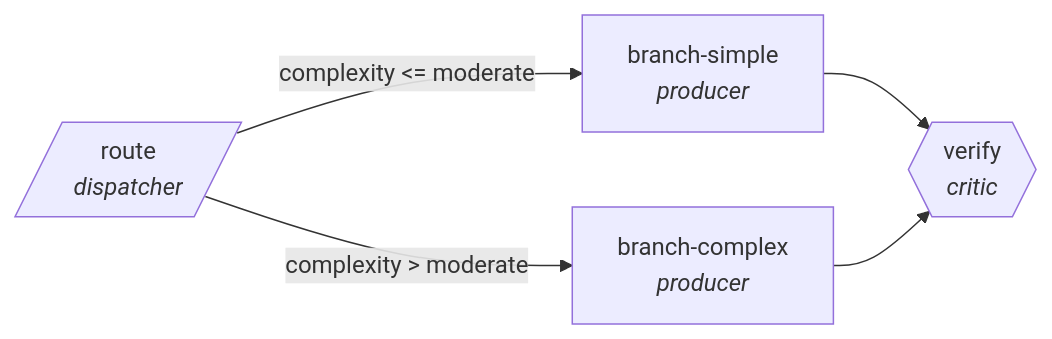
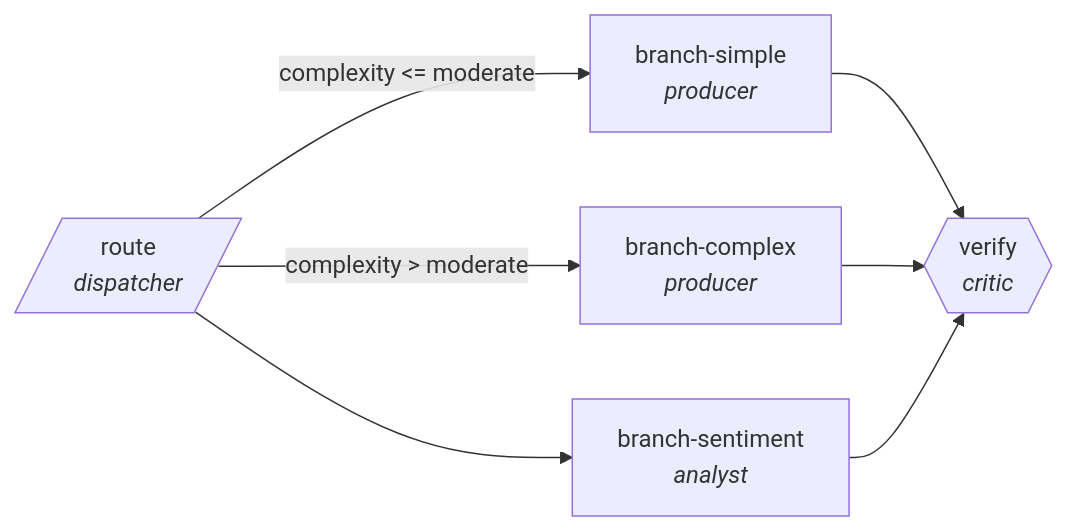
One commit to ypollak2/agenticgraphs changed the diagram in docs/traces/ticket-triage-swarm.md. Above: the diagram before and after it, drawn with Mermaid. The commit also changed 62 other files, not shown here.

````diff
--- a/docs/traces/ticket-triage-swarm.md
+++ b/docs/traces/ticket-triage-swarm.md
@@ -10,11 +10,14 @@
 ```mermaid
 flowchart LR
     N0[/"route<br/><i>dispatcher</i>"/]
-    N1["branch-simple<br/><i>producer</i>"]
-    N2["branch-complex<br/><i>producer</i>"]
-    N3{{"verify<br/><i>critic</i>"}}
-    N0 -->|complexity <= moderate| N1
-    N0 -->|complexity > moderate| N2
-    N1 --> N3
-    N2 --> N3
+    N1["branch-sentiment<br/><i>analyst</i>"]
+    N2["branch-simple<br/><i>producer</i>"]
+    N3["branch-complex<br/><i>producer</i>"]
+    N4{{"verify<br/><i>critic</i>"}}
+    N0 -->|complexity <= moderate| N2
+    N0 -->|complexity > moderate| N3
+    N2 --> N4
+    N3 --> N4
+    N0 --> N1
+    N1 --> N4
 ```
````
